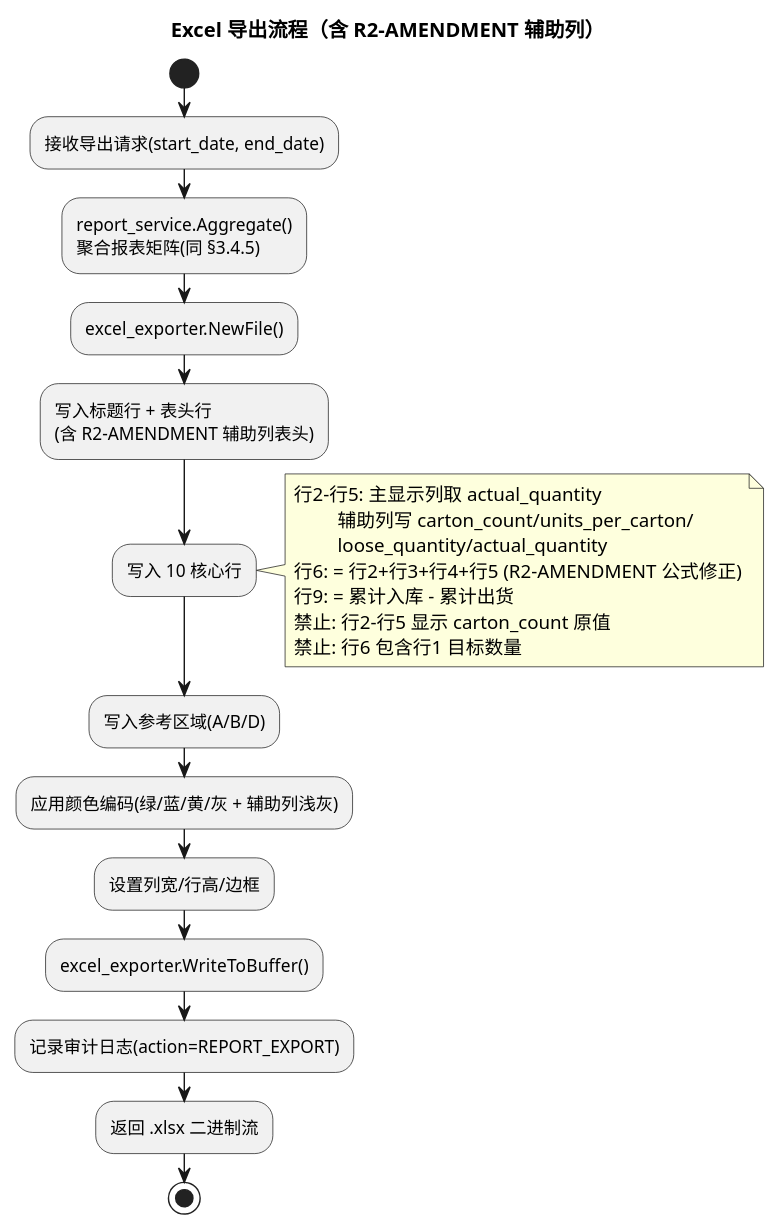
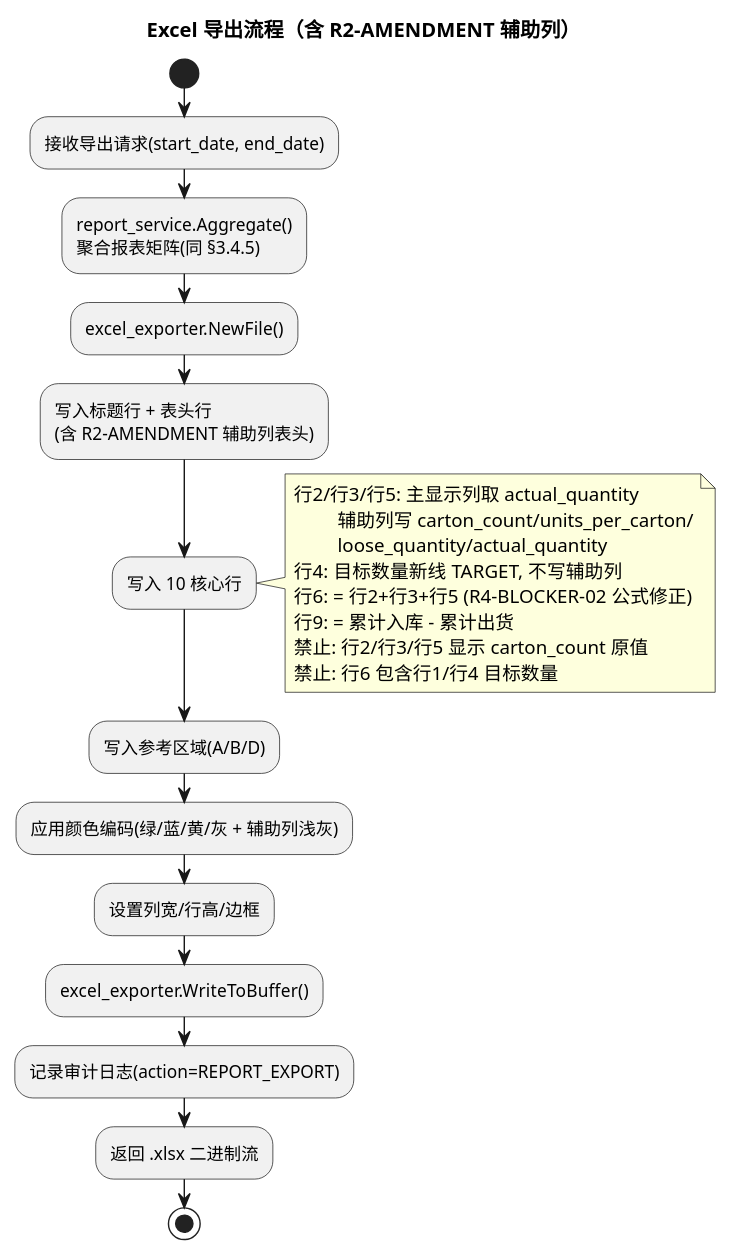
Before and after one commit to wujupeng/HWView: diagram 11 of 14 in .codeartsdoer/specs/hwview_platform/design.md, drawn with PlantUML. The commit also changed other lines of this file and 1 other file, not shown here.

First line of the commit message:
Fix R4-BLOCKER-01+02: carton spec scope + formula row6=row2+row3+row5

````diff
--- a/.codeartsdoer/specs/hwview_platform/design.md
+++ b/.codeartsdoer/specs/hwview_platform/design.md
@@ -2634,29 +2657,30 @@
 ```plantuml
 @startuml
 title Excel 导出流程（含 R2-AMENDMENT 辅助列）
 
 start
 :接收导出请求(start_date, end_date);
 :report_service.Aggregate()\n聚合报表矩阵(同 §3.4.5);
 :excel_exporter.NewFile();
 :写入标题行 + 表头行\n(含 R2-AMENDMENT 辅助列表头);
 :写入 10 核心行;
 note right
-  行2-行5: 主显示列取 actual_quantity
+  行2/行3/行5: 主显示列取 actual_quantity
            辅助列写 carton_count/units_per_carton/
            loose_quantity/actual_quantity
-  行6: = 行2+行3+行4+行5 (R2-AMENDMENT 公式修正)
+  行4: 目标数量新线 TARGET, 不写辅助列
+  行6: = 行2+行3+行5 (R4-BLOCKER-02 公式修正)
   行9: = 累计入库 - 累计出货
-  禁止: 行2-行5 显示 carton_count 原值
-  禁止: 行6 包含行1 目标数量
+  禁止: 行2/行3/行5 显示 carton_count 原值
+  禁止: 行6 包含行1/行4 目标数量
 end note
 :写入参考区域(A/B/D);
 :应用颜色编码(绿/蓝/黄/灰 + 辅助列浅灰);
 :设置列宽/行高/边框;
 :excel_exporter.WriteToBuffer();
 :记录审计日志(action=REPORT_EXPORT);
 :返回 .xlsx 二进制流;
 stop
 
 @enduml
 ```
````
